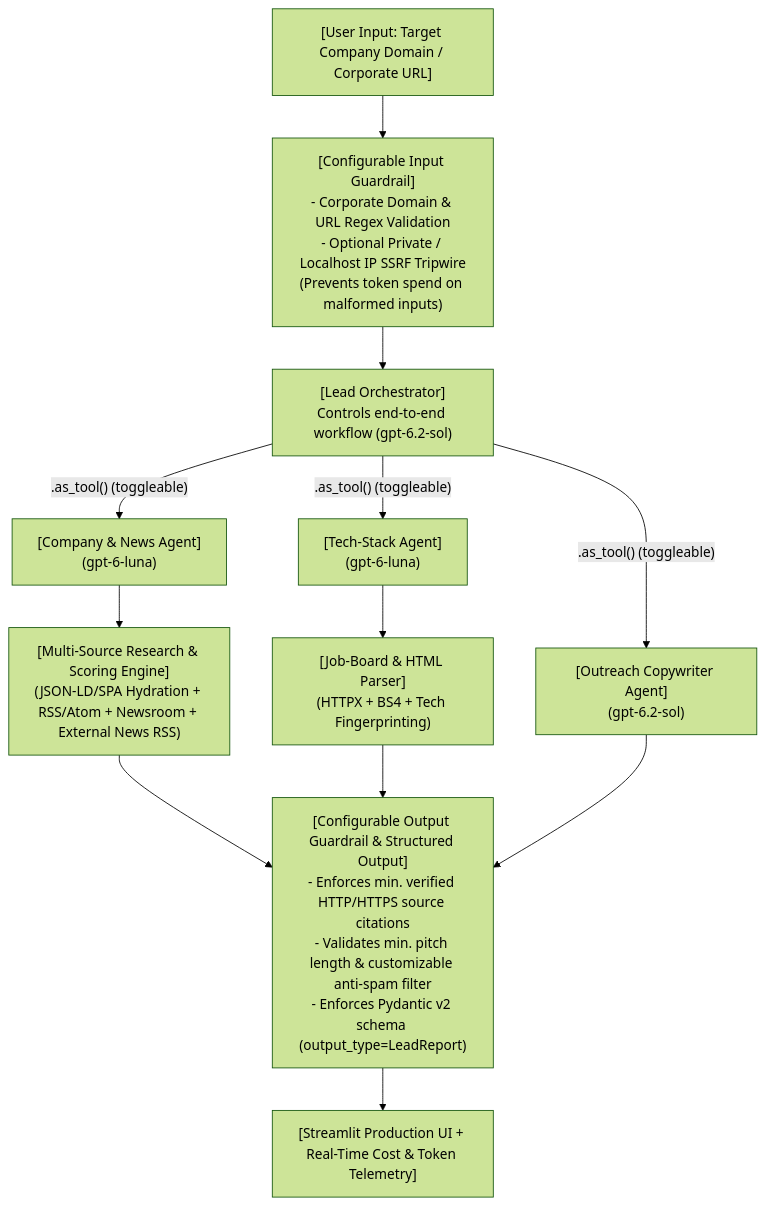
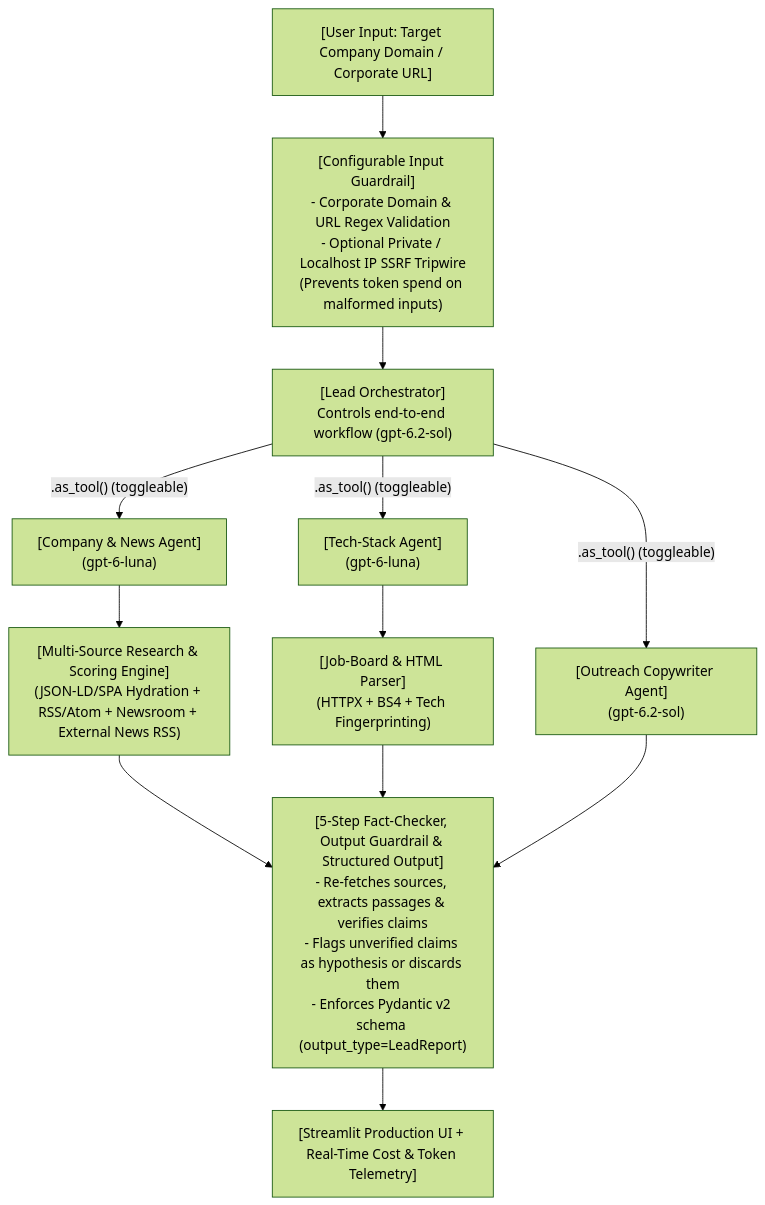
Before and after one commit to MartinsRepo/B2B-Lead-Intelligence-Outreach-Agent: the diagram in docs/architecture.md, drawn with Mermaid (forest theme). The commit also changed other lines of this file and 8 other files, not shown here.

Commit message:
5-step Fact-Verification & Claim-Grounding Engine

````diff
--- a/docs/architecture.md
+++ b/docs/architecture.md
@@ -7,18 +7,18 @@
 ```mermaid
 flowchart TD
     INPUT["[User Input: Target Company Domain / Corporate URL]"] --> IG["[Configurable Input Guardrail]<br/>- Corporate Domain & URL Regex Validation<br/>- Optional Private / Localhost IP SSRF Tripwire<br/>(Prevents token spend on malformed inputs)"]
     IG --> ORCH["[Lead Orchestrator]<br/>Controls end-to-end workflow (gpt-6.2-sol)"]
 
     ORCH -->|".as_tool() (toggleable)"| CNA["[Company & News Agent]<br/>(gpt-6-luna)"]
     ORCH -->|".as_tool() (toggleable)"| TSA["[Tech-Stack Agent]<br/>(gpt-6-luna)"]
     ORCH -->|".as_tool() (toggleable)"| OCA["[Outreach Copywriter Agent]<br/>(gpt-6.2-sol)"]
 
     CNA --> WNS["[Multi-Source Research & Scoring Engine]<br/>(JSON-LD/SPA Hydration + RSS/Atom + Newsroom + External News RSS)"]
     TSA --> JBP["[Job-Board & HTML Parser]<br/>(HTTPX + BS4 + Tech Fingerprinting)"]
 
-    WNS --> OG["[Configurable Output Guardrail & Structured Output]<br/>- Enforces min. verified HTTP/HTTPS source citations<br/>- Validates min. pitch length & customizable anti-spam filter<br/>- Enforces Pydantic v2 schema (output_type=LeadReport)"]
+    WNS --> OG["[5-Step Fact-Checker, Output Guardrail & Structured Output]<br/>- Re-fetches sources, extracts passages & verifies claims<br/>- Flags unverified claims as hypothesis or discards them<br/>- Enforces Pydantic v2 schema (output_type=LeadReport)"]
     JBP --> OG
     OCA --> OG
 
     OG --> UI["[Streamlit Production UI + Real-Time Cost & Token Telemetry]"]
 ```
````
